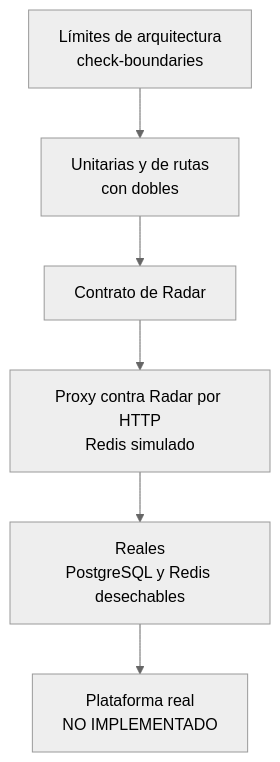
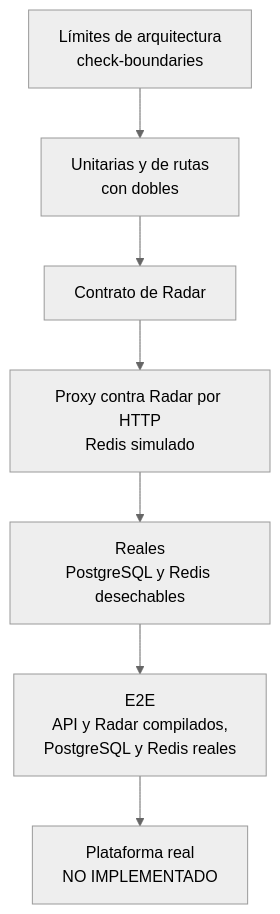
The diagram in docs/07-evaluacion-y-evolucion/05-estrategia-de-pruebas.md (pillacarodriguezuriel-a11y/social_unsch), drawn with Mermaid (neutral theme) before and after one commit. The commit also changed other lines of this file and 15 other files, not shown here.

First line of the commit message:
docs(etapa-4): registrar el cierre y la validación de Radar con infraestructura real

````diff
--- a/docs/07-evaluacion-y-evolucion/05-estrategia-de-pruebas.md
+++ b/docs/07-evaluacion-y-evolucion/05-estrategia-de-pruebas.md
@@ -7,8 +7,9 @@
 ```mermaid
 flowchart TB
     A["Límites de arquitectura<br/>check-boundaries"] --> B["Unitarias y de rutas<br/>con dobles"]
     B --> C["Contrato de Radar"]
     C --> D["Proxy contra Radar por HTTP<br/>Redis simulado"]
     D --> E["Reales<br/>PostgreSQL y Redis desechables"]
-    E --> F["Plataforma real<br/>NO IMPLEMENTADO"]
+    E --> G["E2E<br/>API y Radar compilados,<br/>PostgreSQL y Redis reales"]
+    G --> F["Plataforma real<br/>NO IMPLEMENTADO"]
 ```
````
